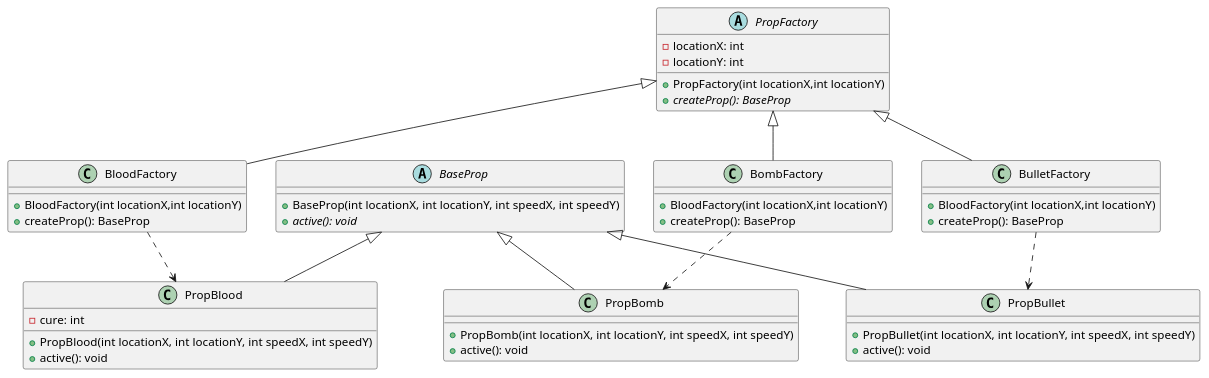
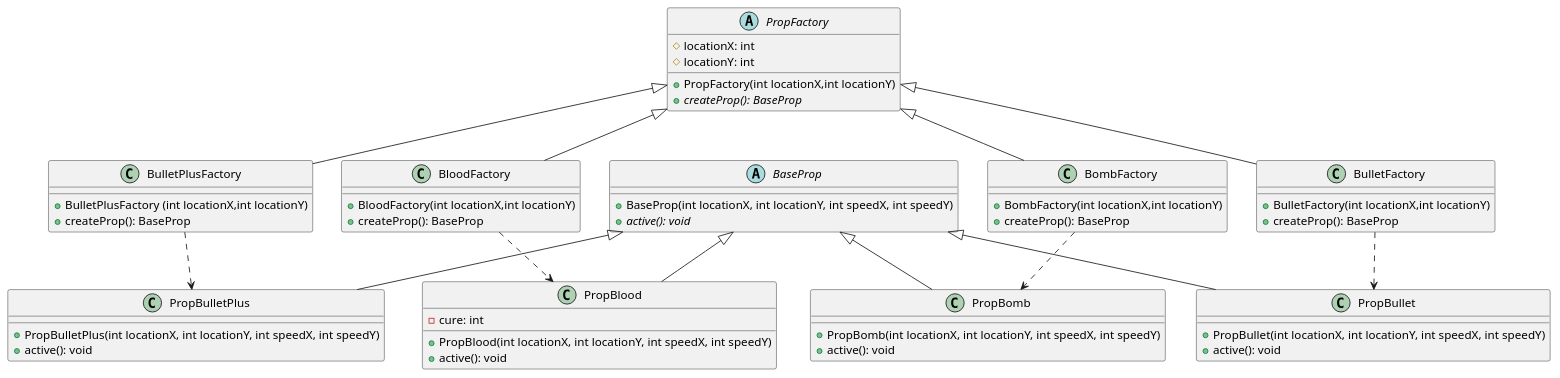
The diagram in uml/PropFactory.puml (aetherqaq/AircraftWar), drawn with PlantUML before and after one commit. The commit also changed 19 other files, not shown here.

```diff
--- a/uml/PropFactory.puml
+++ b/uml/PropFactory.puml
@@ -1,60 +1,73 @@
 @startuml
 'https://plantuml.com/class-diagram
 
 abstract class BaseProp {
     + BaseProp(int locationX, int locationY, int speedX, int speedY)
     + {abstract} active(): void
 }
 
 class PropBlood {
      - cure: int
      + PropBlood(int locationX, int locationY, int speedX, int speedY)
      + active(): void
 }
 
 class PropBomb {
      + PropBomb(int locationX, int locationY, int speedX, int speedY)
      + active(): void
 }
 
 class PropBullet {
      + PropBullet(int locationX, int locationY, int speedX, int speedY)
      + active(): void
 }
 
+class PropBulletPlus {
+     + PropBulletPlus(int locationX, int locationY, int speedX, int speedY)
+     + active(): void
+}
+
 BaseProp <|-- PropBlood
 BaseProp <|-- PropBomb
 BaseProp <|-- PropBullet
+BaseProp <|-- PropBulletPlus
 
 abstract class PropFactory {
-    - locationX: int
-    - locationY: int
+    # locationX: int
+    # locationY: int
     + PropFactory(int locationX,int locationY)
     + {abstract} createProp(): BaseProp
 }
 
 class BloodFactory {
     + BloodFactory(int locationX,int locationY)
     + createProp(): BaseProp
 }
 
 class BombFactory {
-    + BloodFactory(int locationX,int locationY)
+    + BombFactory(int locationX,int locationY)
     + createProp(): BaseProp
 }
 
 class BulletFactory {
-    + BloodFactory(int locationX,int locationY)
+    + BulletFactory(int locationX,int locationY)
+    + createProp(): BaseProp
+}
+
+class BulletPlusFactory {
+    + BulletPlusFactory (int locationX,int locationY)
     + createProp(): BaseProp
 }
 
 PropFactory <|-- BloodFactory
 PropFactory <|-- BombFactory
 PropFactory <|-- BulletFactory
+PropFactory <|-- BulletPlusFactory
 
 BloodFactory ..> PropBlood
 BulletFactory ..> PropBullet
+BulletPlusFactory ..> PropBulletPlus
 BombFactory ..> PropBomb
 
 
 @enduml
```
